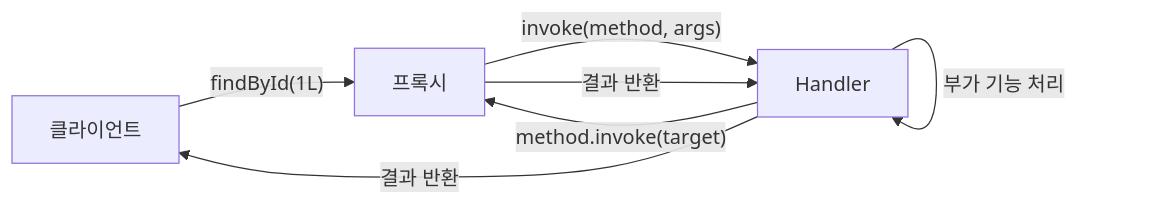
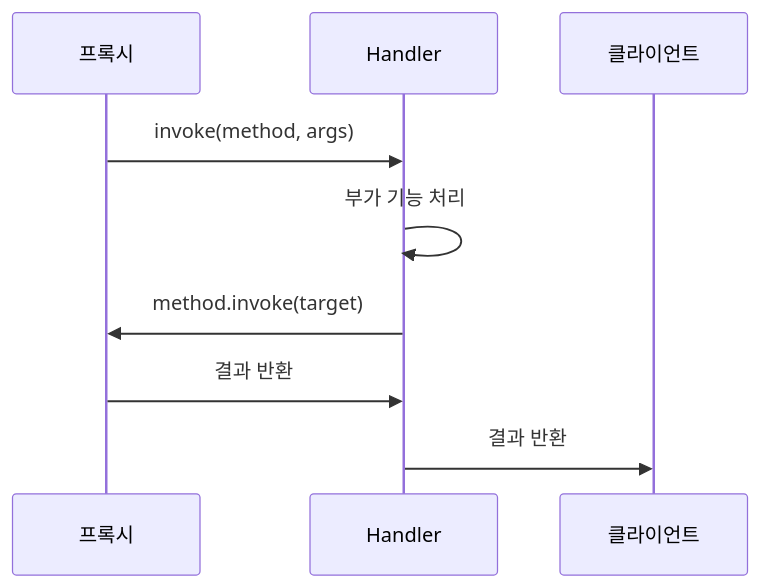
The third of 4 diagrams in _posts/java/2026-05-01-java-reflection.md (yjkim2015/yjkim2015.github.io), drawn with Mermaid before and after one commit. The commit also changed 89 other files, not shown here.

First line of the commit message:
복잡한 flowchart 163개 → sequenceDiagram 변환 (90파일)

````diff
--- a/_posts/java/2026-05-01-java-reflection.md
+++ b/_posts/java/2026-05-01-java-reflection.md
@@ -753,9 +753,8 @@
 ```mermaid
-graph LR
-    C["클라이언트"] -->|"findById(1L)"| P["프록시"]
-    P -->|"invoke(method, args)"| H["Handler"]
-    H -->|"부가 기능 처리"| H
-    H -->|"method.invoke(target)"| P
-    P -->|"결과 반환"| H
-    H -->|"결과 반환"| C
+sequenceDiagram
+    프록시->>Handler: invoke(method, args)
+    Handler->>Handler: 부가 기능 처리
+    Handler->>프록시: method.invoke(target)
+    프록시->>Handler: 결과 반환
+    Handler->>클라이언트: 결과 반환
 ```
````
